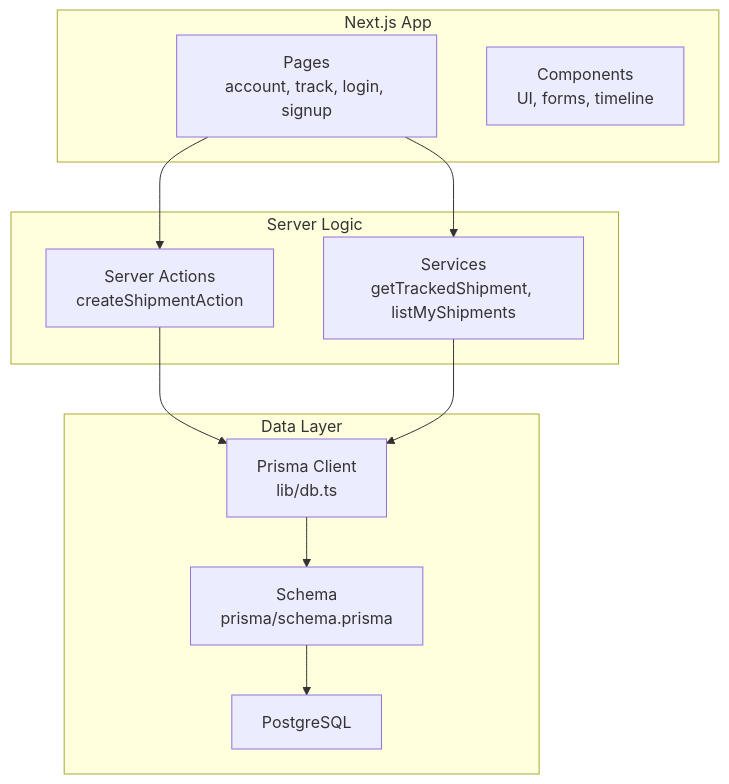
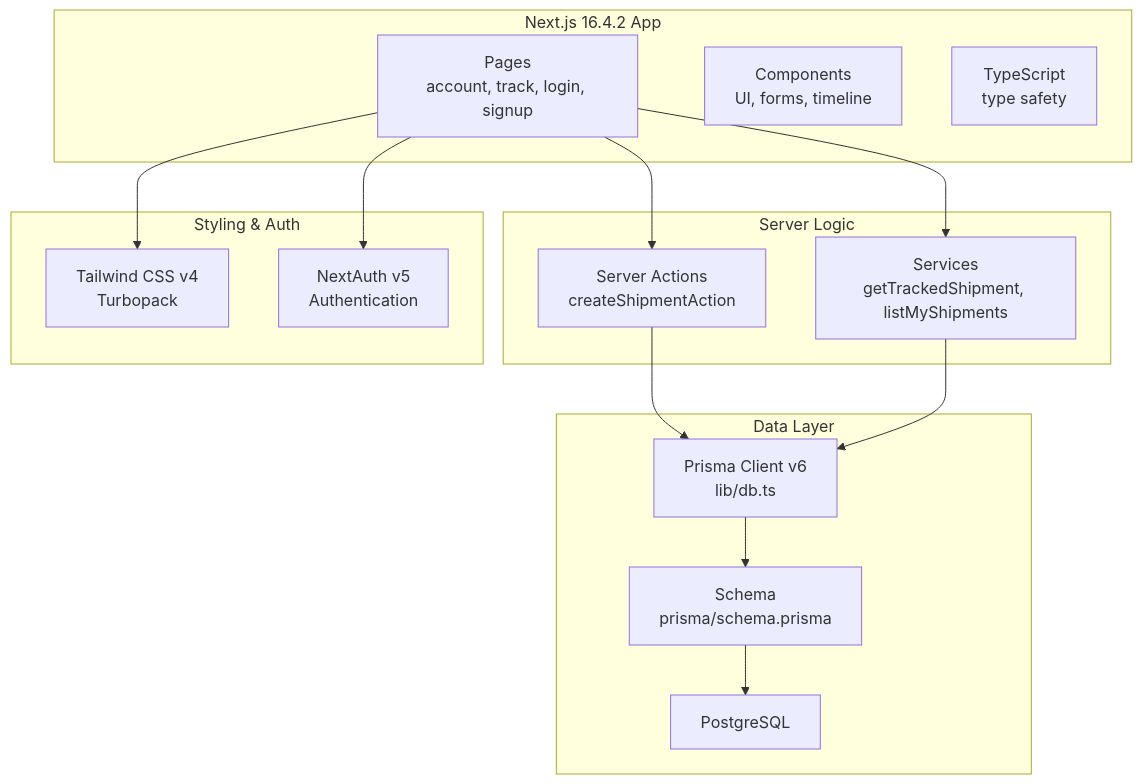
One commit to gyamposudodzi/Timberland changed the first of 6 diagrams in .qoder/repowiki/en/content/Getting Started.md. Above: the diagram before and after it, drawn with Mermaid. The commit also changed other lines of this file and 87 other files, not shown here.

````diff
--- a/.qoder/repowiki/en/content/Getting Started.md
+++ b/.qoder/repowiki/en/content/Getting Started.md
@@ -55,22 +68,29 @@
 ```mermaid
 graph TB
-subgraph "Next.js App"
+subgraph "Next.js 16.4.2 App"
 Pages["Pages<br/>account, track, login, signup"]
 Components["Components<br/>UI, forms, timeline"]
+Typescript["TypeScript<br/>type safety"]
 end
 subgraph "Server Logic"
 Actions["Server Actions<br/>createShipmentAction"]
 Services["Services<br/>getTrackedShipment, listMyShipments"]
 end
 subgraph "Data Layer"
-PrismaClient["Prisma Client<br/>lib/db.ts"]
+PrismaClient["Prisma Client v6<br/>lib/db.ts"]
 Schema["Schema<br/>prisma/schema.prisma"]
 DB["PostgreSQL"]
+end
+subgraph "Styling & Auth"
+Tailwind["Tailwind CSS v4<br/>Turbopack"]
+Auth["NextAuth v5<br/>Authentication"]
 end
 Pages --> Actions
 Pages --> Services
 Actions --> PrismaClient
 Services --> PrismaClient
 PrismaClient --> Schema
 Schema --> DB
+Pages --> Tailwind
+Pages --> Auth
 ```
````
